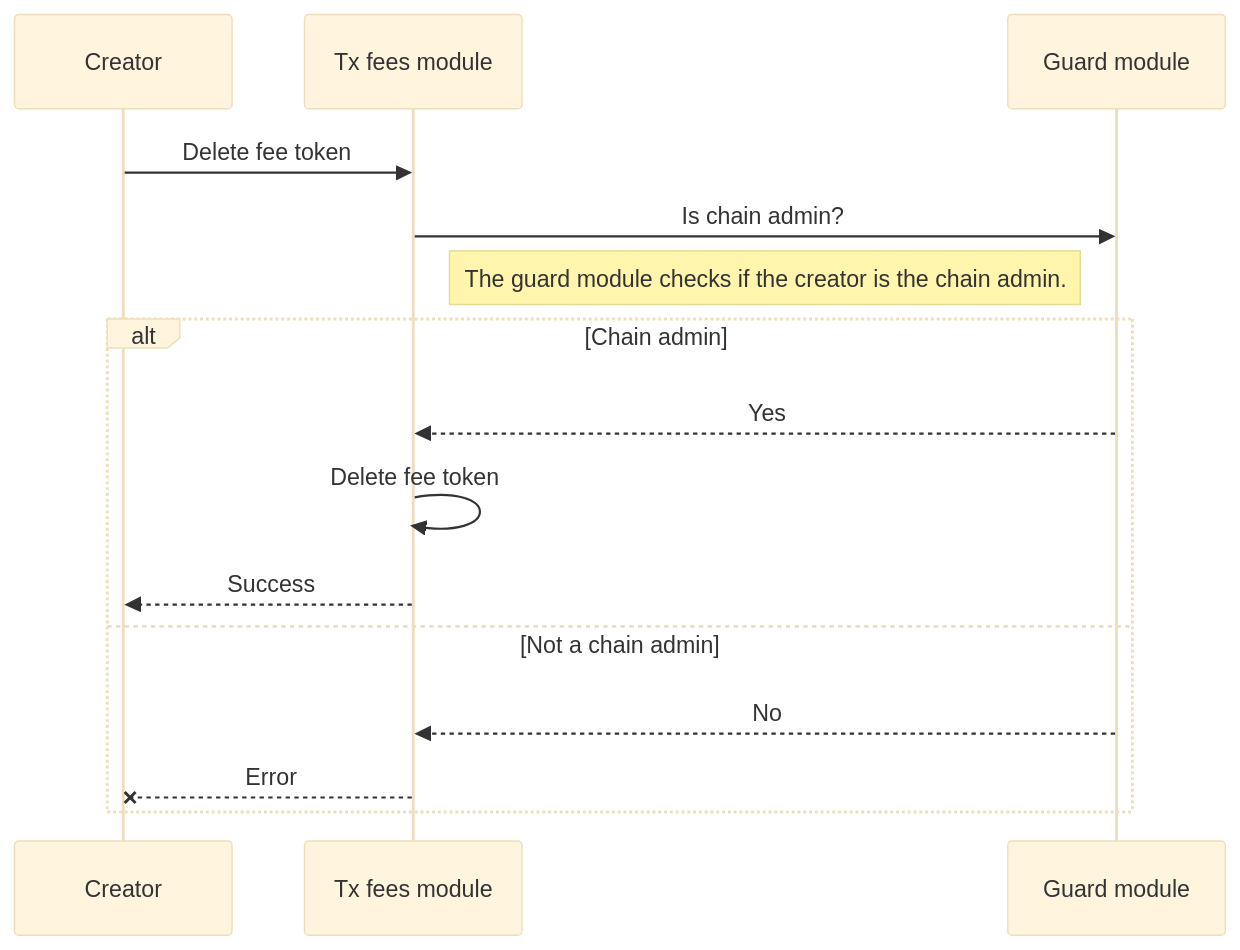
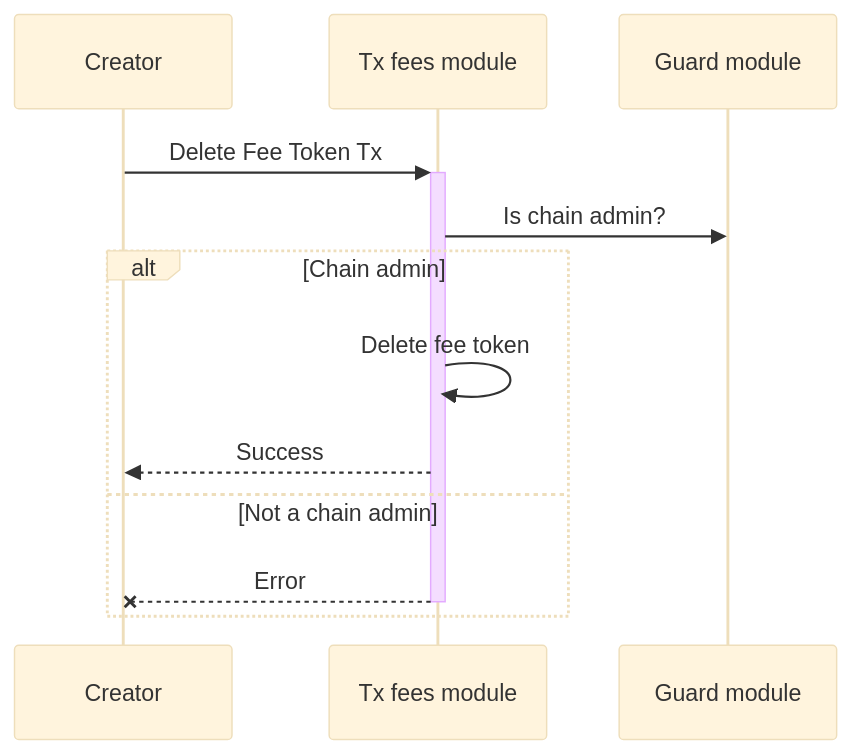
Before and after one commit to MANTRA-Chain/mantrachain: the third of 3 diagrams in x/txfees/spec/01_txs_flows.md, drawn with Mermaid (base theme). The commit also changed other lines of this file and 12 other files, not shown here.

Commit message:
docs: add update txs flows docs

````diff
--- a/x/txfees/spec/01_txs_flows.md
+++ b/x/txfees/spec/01_txs_flows.md
@@ -42,14 +36,11 @@
 ```mermaid
 sequenceDiagram
-Creator ->> Tx fees module: Delete fee token
+Creator->>+Tx fees module: Delete Fee Token Tx
 Tx fees module->>Guard module: Is chain admin?
-Note left of Guard module: The guard module checks if the creator is the chain admin.
 alt Chain admin
-  Guard module-->>Tx fees module: Yes
   Tx fees module->>Tx fees module: Delete fee token
-  Tx fees module-->> Creator: Success
+  Tx fees module-->>Creator: Success
 else Not a chain admin
-  Guard module-->>Tx fees module: No
-  Tx fees module--x Creator: Error
+  Tx fees module--x-Creator: Error
 end
 ```
````
